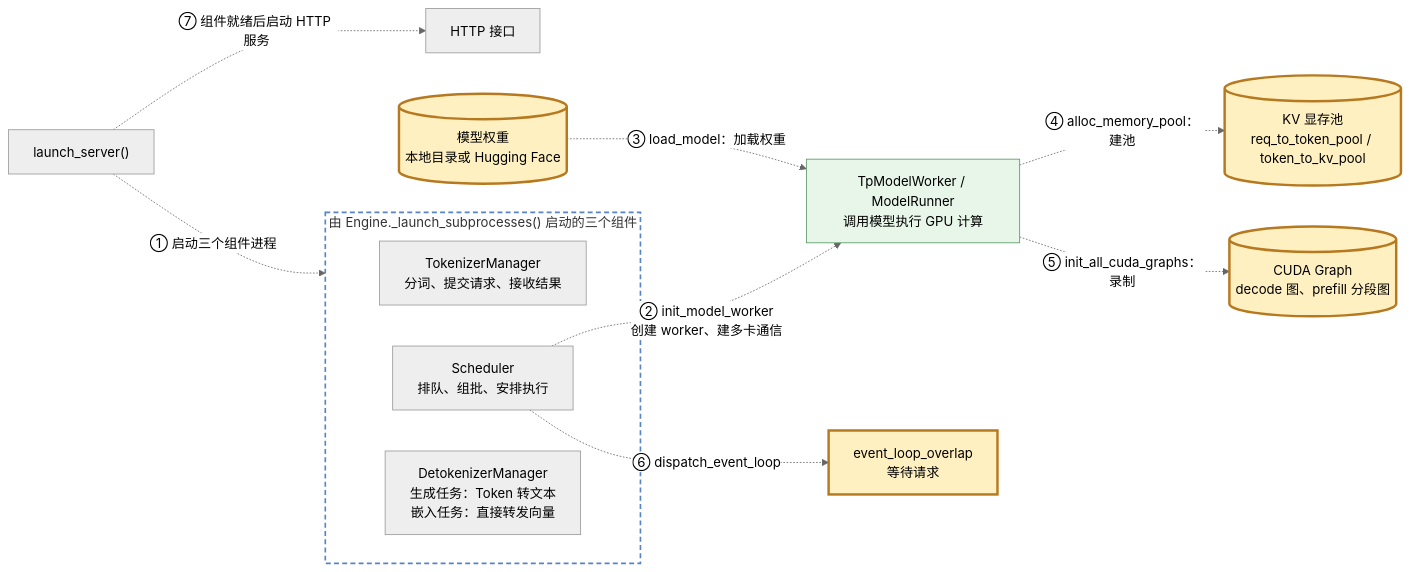
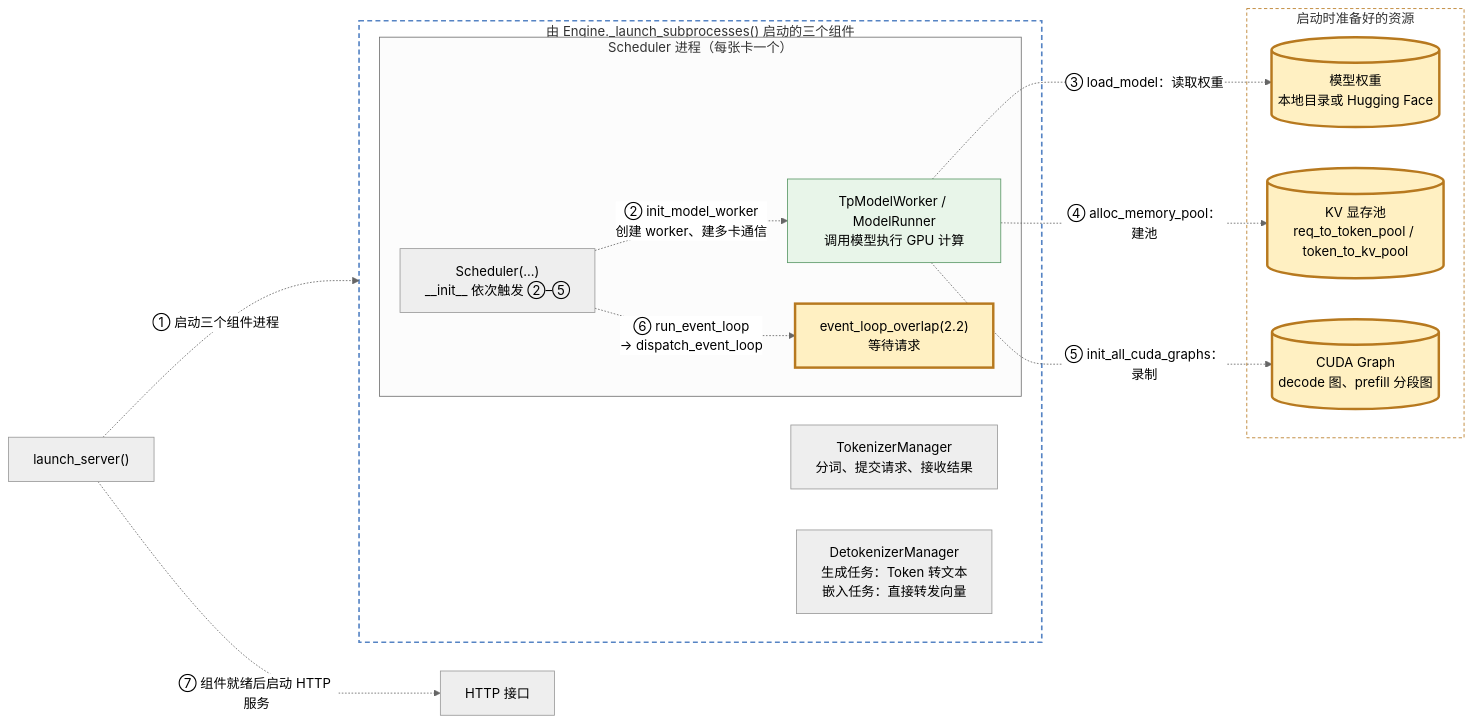
One commit to dugenkui03/sglang changed the first of 8 diagrams in user_guide_zh/基础知识二：一次推理的全过程（启动、组批、前向与采样）.md. Above: the diagram before and after it, drawn with Mermaid (neutral theme). The commit also changed other lines of this file and 27 other files, not shown here.

First line of the commit message:
docs: add parallelism guide and annotate scheduler GPU launch

````diff
--- a/user_guide_zh/基础知识二：一次推理的全过程（启动、组批、前向与采样）.md
+++ b/user_guide_zh/基础知识二：一次推理的全过程（启动、组批、前向与采样）.md
@@ -11,26 +18,31 @@
 ```mermaid
 flowchart LR
     L["launch_server()"]
     subgraph Components["由 Engine._launch_subprocesses() 启动的三个组件"]
         T["TokenizerManager<br/>分词、提交请求、接收结果"]
-        S["Scheduler<br/>排队、组批、安排执行"]
+        subgraph S["Scheduler 进程（每张卡一个）"]
+            SI["Scheduler(...)<br/>__init__ 依次触发 ②–⑤"]
+            M["TpModelWorker / ModelRunner<br/>调用模型执行 GPU 计算"]
+            LOOP["event_loop_overlap(2.2)<br/>等待请求"]
+        end
         D["DetokenizerManager<br/>生成任务：Token 转文本<br/>嵌入任务：直接转发向量"]
     end
-    M["TpModelWorker / ModelRunner<br/>调用模型执行 GPU 计算"]
-    W[("模型权重<br/>本地目录或 Hugging Face")]
-    POOL[("KV 显存池<br/>req_to_token_pool / token_to_kv_pool")]
-    CG[("CUDA Graph<br/>decode 图、prefill 分段图")]
-    LOOP["event_loop_overlap<br/>等待请求"]
+    subgraph RES["启动时准备好的资源"]
+        W[("模型权重<br/>本地目录或 Hugging Face")]
+        POOL[("KV 显存池<br/>req_to_token_pool / token_to_kv_pool")]
+        CG[("CUDA Graph<br/>decode 图、prefill 分段图")]
+    end
     H["HTTP 接口"]
     L -.->|"① 启动三个组件进程"| Components
-    S -.->|"② init_model_worker<br/>创建 worker、建多卡通信"| M
-    W -.->|"③ load_model：加载权重"| M
+    SI -.->|"② init_model_worker<br/>创建 worker、建多卡通信"| M
+    M -.->|"③ load_model：读取权重"| W
     M -.->|"④ alloc_memory_pool：建池"| POOL
     M -.->|"⑤ init_all_cuda_graphs：录制"| CG
-    S -.->|"⑥ dispatch_event_loop"| LOOP
+    SI -.->|"⑥ run_event_loop<br/>→ dispatch_event_loop"| LOOP
     L -.->|"⑦ 组件就绪后启动 HTTP 服务"| H
     style Components fill:none,stroke:#5684c4,stroke-width:2px,stroke-dasharray:6 4
     style M fill:#e8f5e9,stroke:#589765
+    style RES fill:none,stroke:#b7791f,stroke-dasharray:4 3
     classDef cur fill:#fff0c2,stroke:#b7791f,stroke-width:3px
     class W,POOL,CG,LOOP cur
 ```
````
